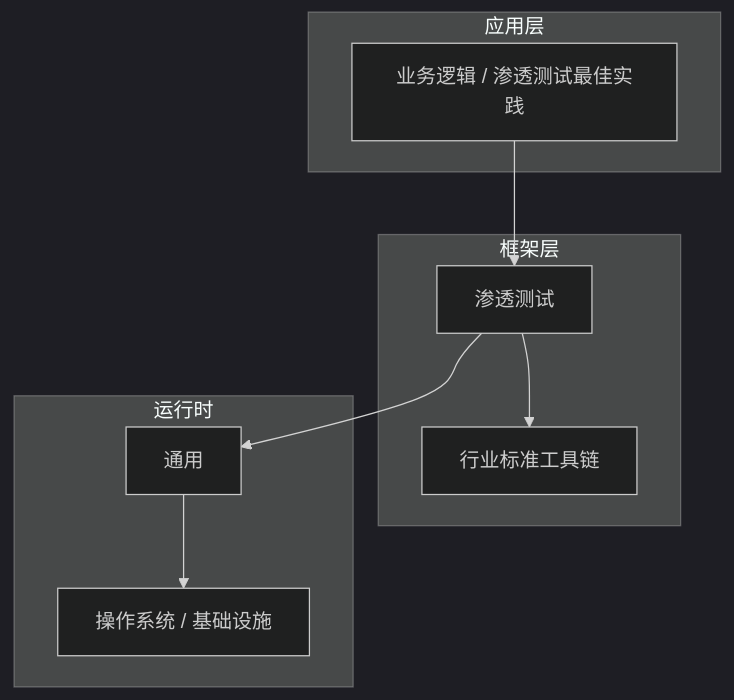
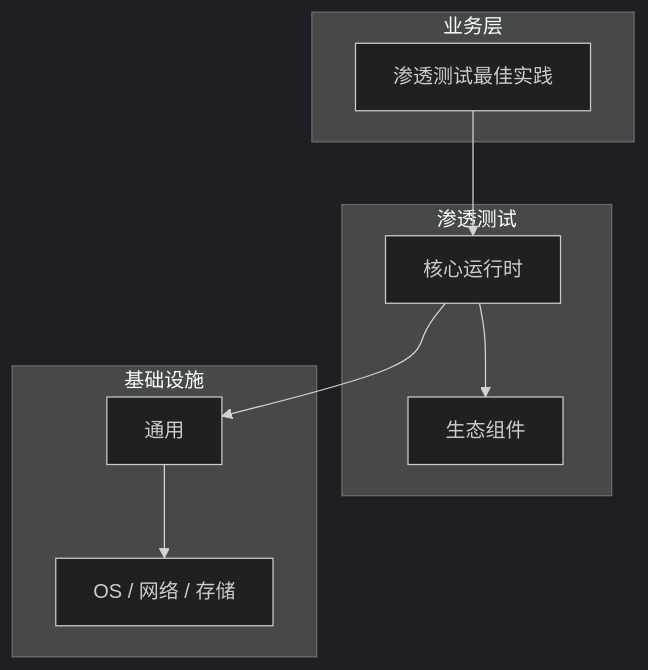
Before and after one commit to yanggan2015/knowledge-json-v2: the diagram in articles/渗透测试/chapters/095-授权安全评估测试最佳实践核心概念与原理.md, drawn with Mermaid (dark theme). The commit also changed other lines of this file and 10127 other files, not shown here.

````diff
--- a/articles/渗透测试/chapters/095-授权安全评估测试最佳实践核心概念与原理.md
+++ b/articles/渗透测试/chapters/095-授权安全评估测试最佳实践核心概念与原理.md
@@ -46,18 +35,18 @@
 ```mermaid
 graph TB
-    subgraph 应用层
-        A[业务逻辑 / 渗透测试最佳实践]
+    subgraph 业务层
+        A[渗透测试最佳实践]
     end
-    subgraph 框架层
-        B[渗透测试]
-        C[行业标准工具链]
+    subgraph 渗透测试
+        B[核心运行时]
+        C[生态组件]
     end
-    subgraph 运行时
+    subgraph 基础设施
         D[通用]
-        E[操作系统 / 基础设施]
+        E[OS / 网络 / 存储]
     end
     A --> B
     B --> C
     B --> D
     D --> E
 ```
````
